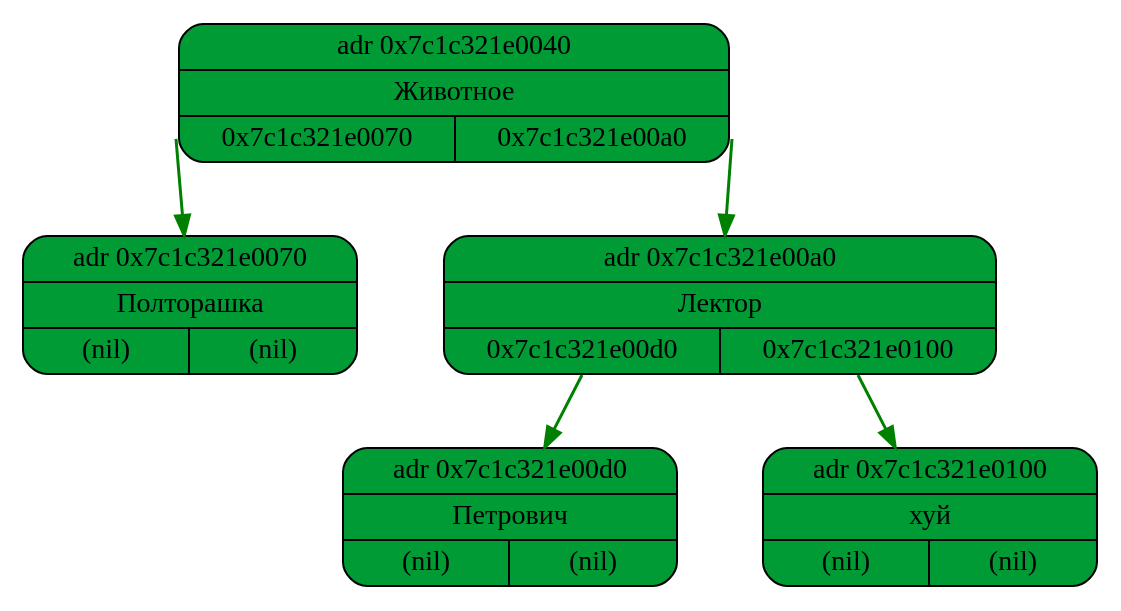
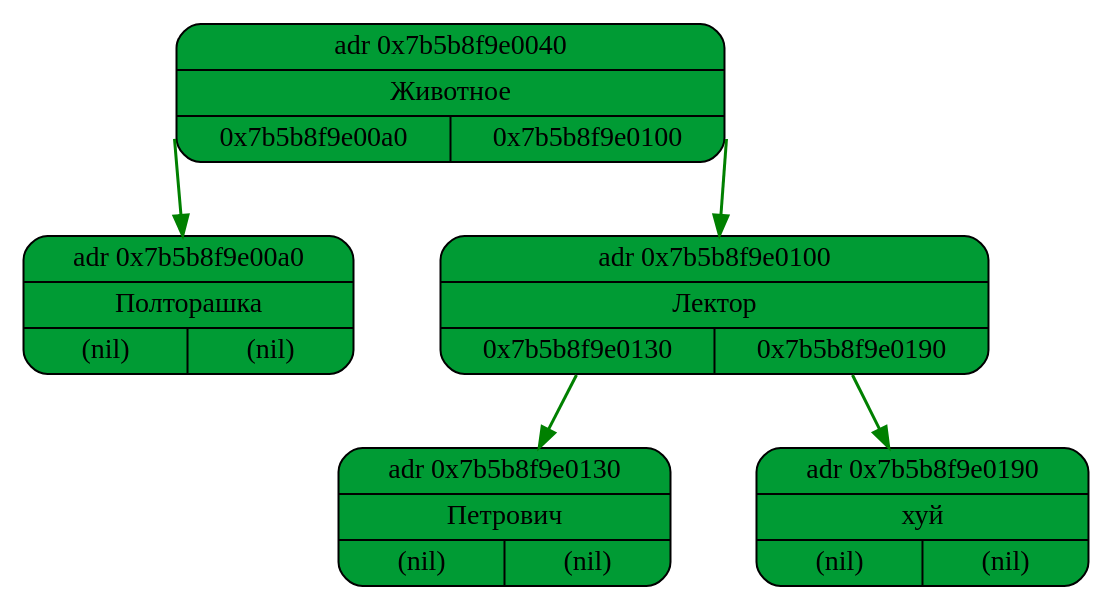
The diagram in log/graphviz_file.dot (evanvd/akinator), drawn with Graphviz before and after one commit. The commit also changed 11 other files, not shown here.

```diff
--- a/log/graphviz_file.dot
+++ b/log/graphviz_file.dot
@@ -1,14 +1,14 @@
 digraph {
 graph [rankdir=TB, splines=polyline, nodesep=0.6];
 node [shape=record, style="filled, rounded", fillcolor="#009b34ff", height=0.8];
 edge [color="#008000", penwidth=1.5, arrowhead = normal];
-node1 [label="{ adr 0x7c1c321e0040 | Животное | {<L> 0x7c1c321e0070| <R> 0x7c1c321e00a0}}"];
-node1:<L>->node2
-node2 [label="{ adr 0x7c1c321e0070 | Полторашка | {<L> (nil)| <R> (nil)}}"];
-node1:<R>->node3
-node3 [label="{ adr 0x7c1c321e00a0 | Лектор | {<L> 0x7c1c321e00d0| <R> 0x7c1c321e0100}}"];
-node3:<L>->node4
-node4 [label="{ adr 0x7c1c321e00d0 | Петрович | {<L> (nil)| <R> (nil)}}"];
-node3:<R>->node5
-node5 [label="{ adr 0x7c1c321e0100 | хуй | {<L> (nil)| <R> (nil)}}"];
+node6 [label="{ adr 0x7b5b8f9e0040 | Животное | {<L> 0x7b5b8f9e00a0| <R> 0x7b5b8f9e0100}}"];
+node6:<L>->node7
+node7 [label="{ adr 0x7b5b8f9e00a0 | Полторашка | {<L> (nil)| <R> (nil)}}"];
+node6:<R>->node8
+node8 [label="{ adr 0x7b5b8f9e0100 | Лектор | {<L> 0x7b5b8f9e0130| <R> 0x7b5b8f9e0190}}"];
+node8:<L>->node9
+node9 [label="{ adr 0x7b5b8f9e0130 | Петрович | {<L> (nil)| <R> (nil)}}"];
+node8:<R>->node10
+node10 [label="{ adr 0x7b5b8f9e0190 | хуй | {<L> (nil)| <R> (nil)}}"];
 }
```
